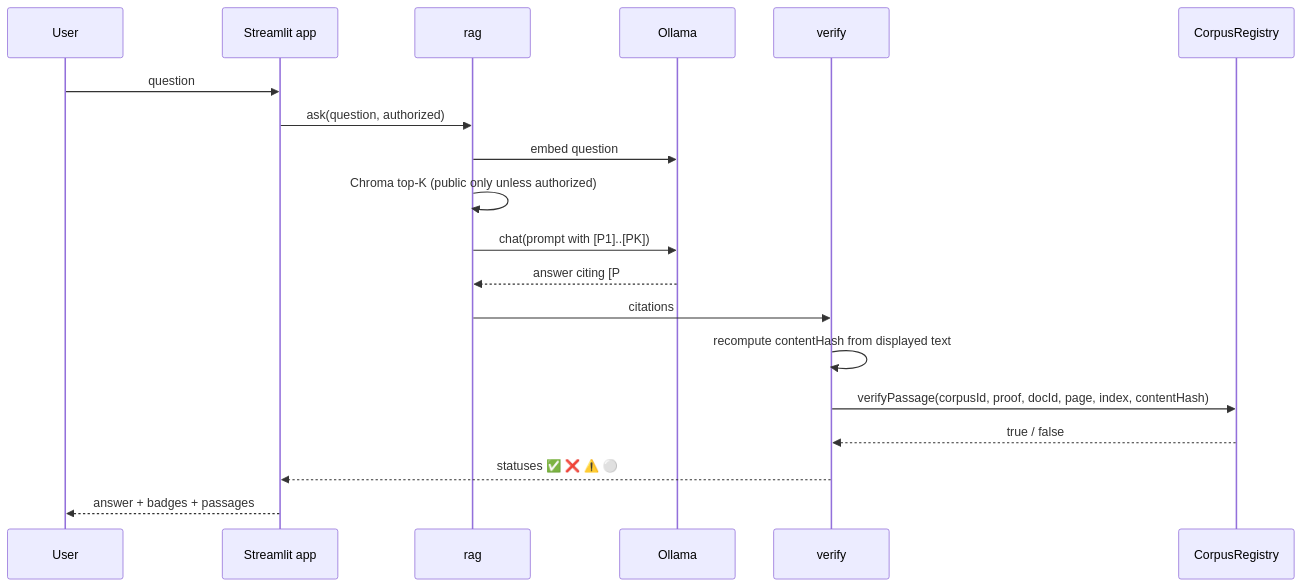
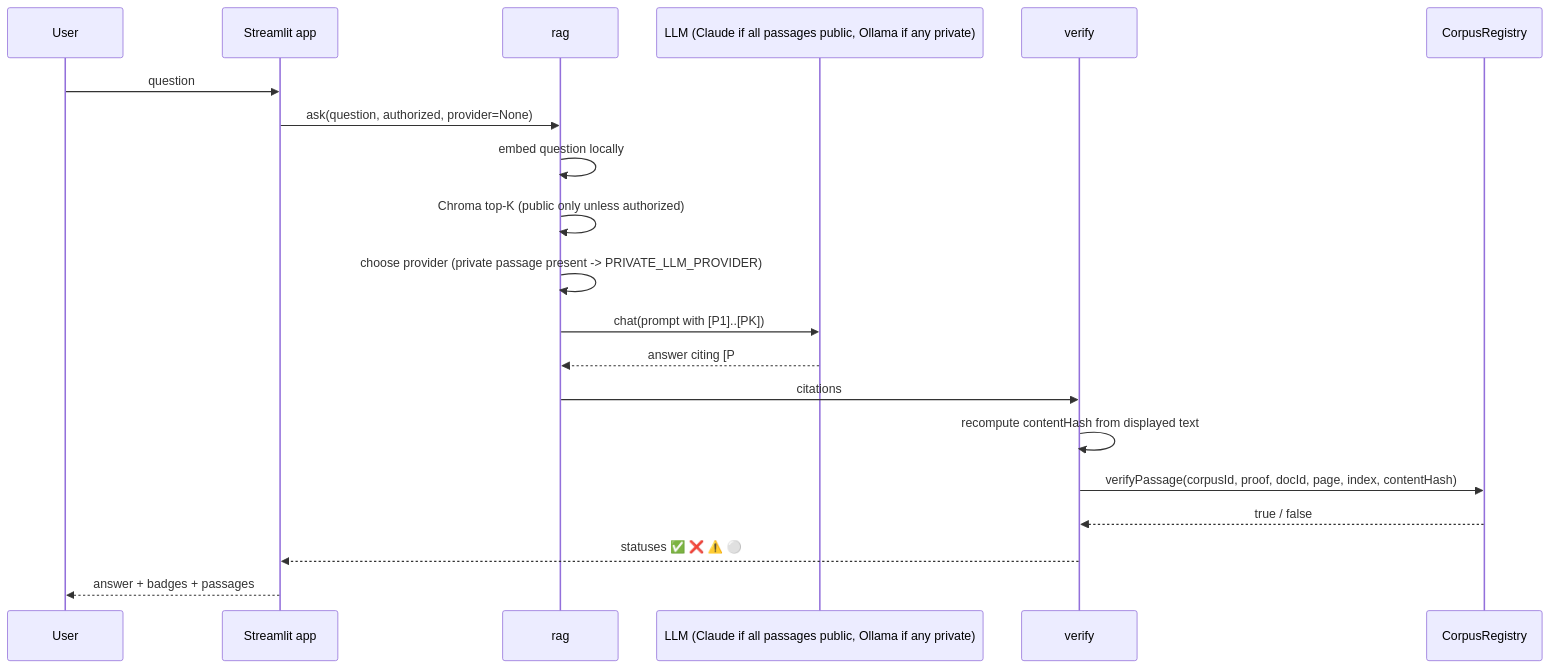
One commit to zazazzz-exe/VERIFIED-RAG-CITATIONS changed the third of 3 diagrams in .kiro/specs/verifiable-rag-citations/design.md. Above: the diagram before and after it, drawn with Mermaid. The commit also changed other lines of this file and 5 other files, not shown here.

Commit message:
Spec: Claude for public answers, Ollama for private, local embeddings

````diff
--- a/.kiro/specs/verifiable-rag-citations/design.md
+++ b/.kiro/specs/verifiable-rag-citations/design.md
@@ -60,21 +61,22 @@
 ```mermaid
 sequenceDiagram
     participant U as User
     participant A as Streamlit app
     participant R as rag
-    participant O as Ollama
+    participant O as LLM (Claude if all passages public, Ollama if any private)
     participant V as verify
     participant C as CorpusRegistry
     U->>A: question
-    A->>R: ask(question, authorized)
-    R->>O: embed question
+    A->>R: ask(question, authorized, provider=None)
+    R->>R: embed question locally
     R->>R: Chroma top-K (public only unless authorized)
+    R->>R: choose provider (private passage present -> PRIVATE_LLM_PROVIDER)
     R->>O: chat(prompt with [P1]..[PK])
     O-->>R: answer citing [P#]
     R->>V: citations
     V->>V: recompute contentHash from displayed text
     V->>C: verifyPassage(corpusId, proof, docId, page, index, contentHash)
     C-->>V: true / false
     V-->>A: statuses ✅ ❌ ⚠️ ⚪
     A-->>U: answer + badges + passages
 ```
````
